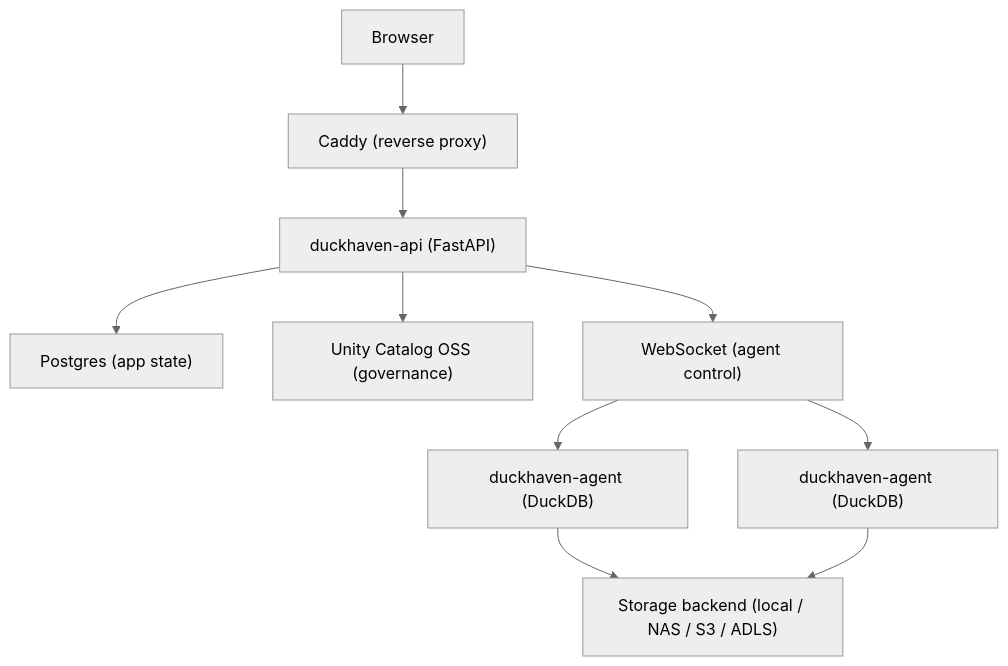
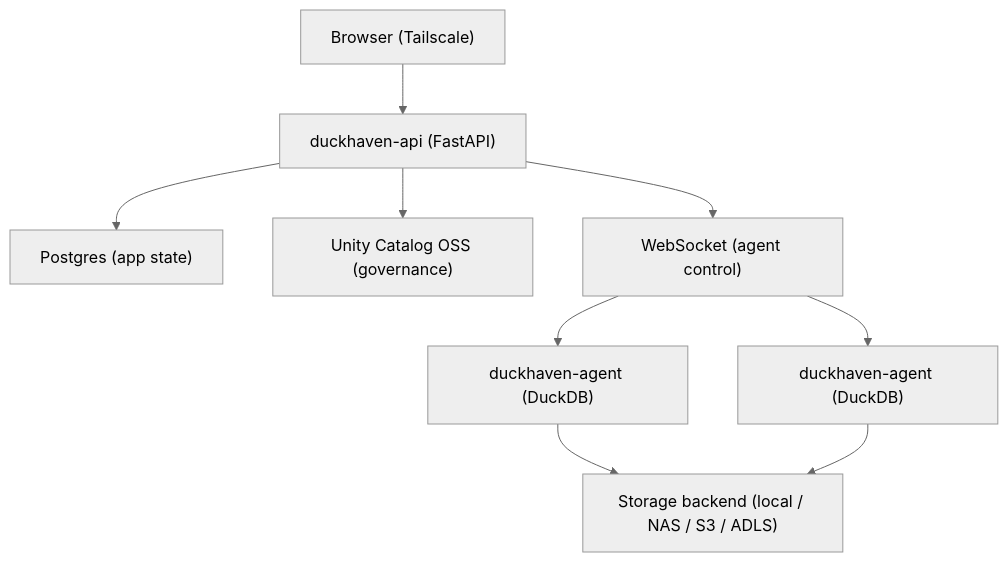
Before and after one commit to tamasmrtn/duckhaven: the diagram in README.md, drawn with Mermaid (neutral theme). The commit also changed other lines of this file, not shown here.

````diff
--- a/README.md
+++ b/README.md
@@ -73,12 +63,11 @@
 ```mermaid
 flowchart TB
-    Browser["Browser"] --> Caddy["Caddy (reverse proxy)"]
-    Caddy --> API["duckhaven-api (FastAPI)"]
+    Browser["Browser (Tailscale)"] --> API["duckhaven-api (FastAPI)"]
     API --> Postgres["Postgres (app state)"]
     API --> UC["Unity Catalog OSS (governance)"]
     API --> WS["WebSocket (agent control)"]
     WS --> Agent1["duckhaven-agent (DuckDB)"]
     WS --> Agent2["duckhaven-agent (DuckDB)"]
     Agent1 --> Storage["Storage backend (local / NAS / S3 / ADLS)"]
     Agent2 --> Storage
 ```
````
